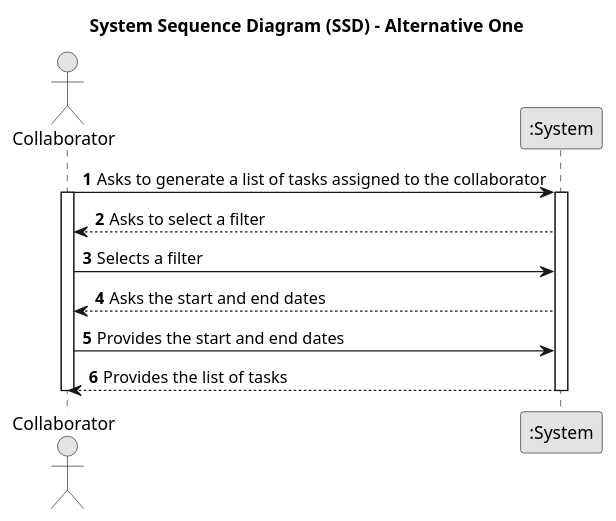
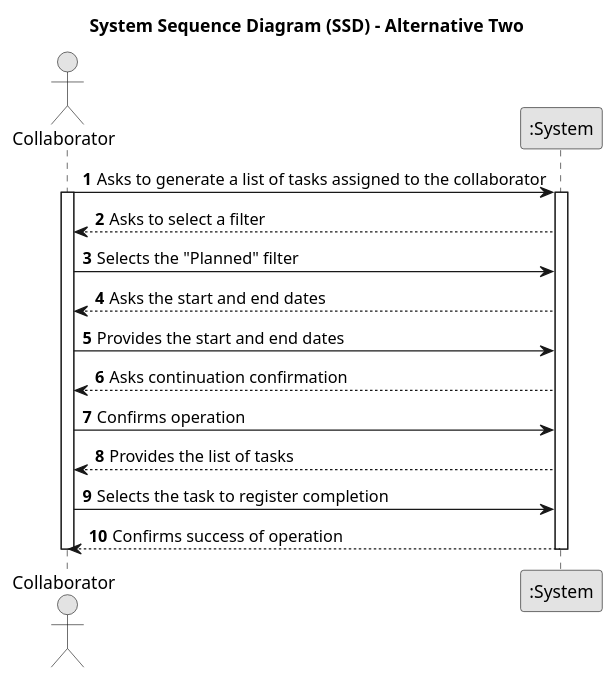
Before and after one commit to SAEmanuel/Green_Spaces_Management_ISEP: the diagram in docs/sprintC/us028 and us029/01.requirements-engineering/puml/us028_29-system-sequence-diagram-alternative-one.puml, drawn with PlantUML. The commit also changed 9 other files, not shown here.

```diff
--- a/docs/sprintC/us028 and us029/01.requirements-engineering/puml/us028_29-system-sequence-diagram-alternative-one.puml
+++ b/docs/sprintC/us028 and us029/01.requirements-engineering/puml/us028_29-system-sequence-diagram-alternative-one.puml
@@ -1,27 +1,32 @@
 @startuml
 skinparam monochrome true
 skinparam packageStyle rectangle
 skinparam shadowing false
 
-title System Sequence Diagram (SSD) - Alternative One
+title System Sequence Diagram (SSD) - Alternative Two
 
 autonumber
 
 actor "Collaborator" as COLAB
 participant ":System" as System
 
 
         COLAB -> System: Asks to generate a list of tasks assigned to the collaborator
         activate COLAB
         activate System
 
-        System --> COLAB: Asks to select a filter
-        COLAB -> System : Selects a filter
+         System --> COLAB: Asks to select a filter
+        COLAB -> System : Selects the "Planned" filter
         System --> COLAB: Asks the start and end dates
         COLAB -> System : Provides the start and end dates
+        System --> COLAB: Asks continuation confirmation
+        COLAB -> System : Confirms operation
+
         System --> COLAB: Provides the list of tasks
+        COLAB -> System : Selects the task to register completion
+        System --> COLAB: Confirms success of operation
 
 
         deactivate System
         deactivate COLAB
 @enduml
```
